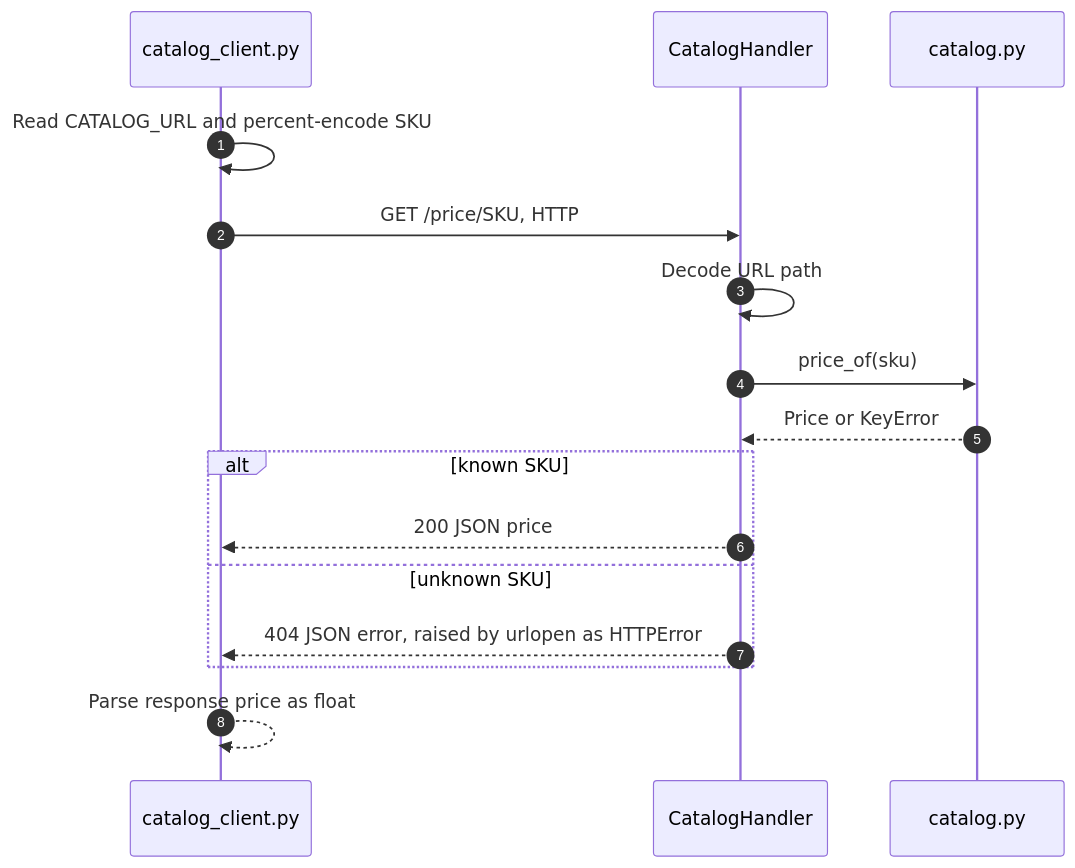
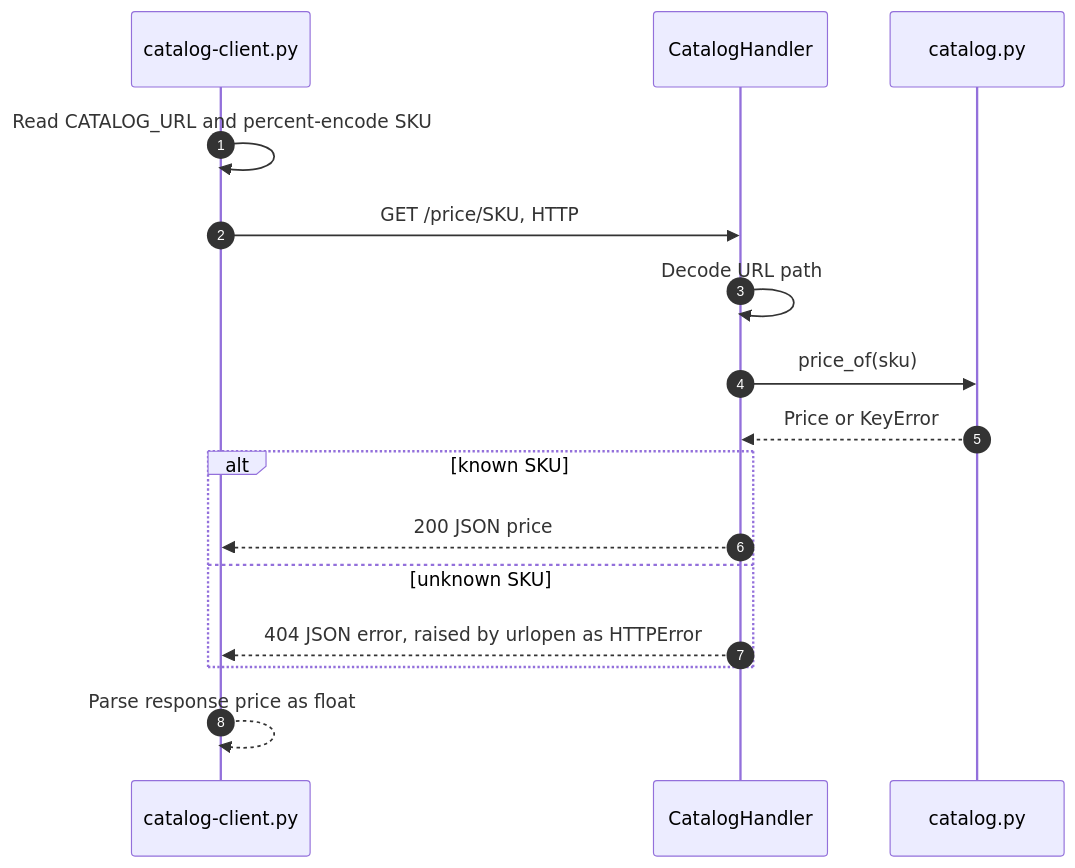
The seventh of 10 diagrams in codebase-analysis/hld/05-key-flows.md (vishalc412/bible-mode-b-test), drawn with Mermaid before and after one commit. The commit also changed other lines of this file and 38 other files, not shown here.

````diff
--- a/codebase-analysis/hld/05-key-flows.md
+++ b/codebase-analysis/hld/05-key-flows.md
@@ -329,18 +338,18 @@
 ```mermaid
 sequenceDiagram
   autonumber
-  participant Client as catalog_client.py
+  participant Client as catalog-client.py
   participant Server as CatalogHandler
   participant Catalog as catalog.py
   Client->>Client: Read CATALOG_URL and percent-encode SKU
   Client->>Server: GET /price/SKU, HTTP
   Server->>Server: Decode URL path
   Server->>Catalog: price_of(sku)
   Catalog-->>Server: Price or KeyError
   alt known SKU
     Server-->>Client: 200 JSON price
   else unknown SKU
     Server-->>Client: 404 JSON error, raised by urlopen as HTTPError
   end
   Client-->>Client: Parse response price as float
 ```
````
